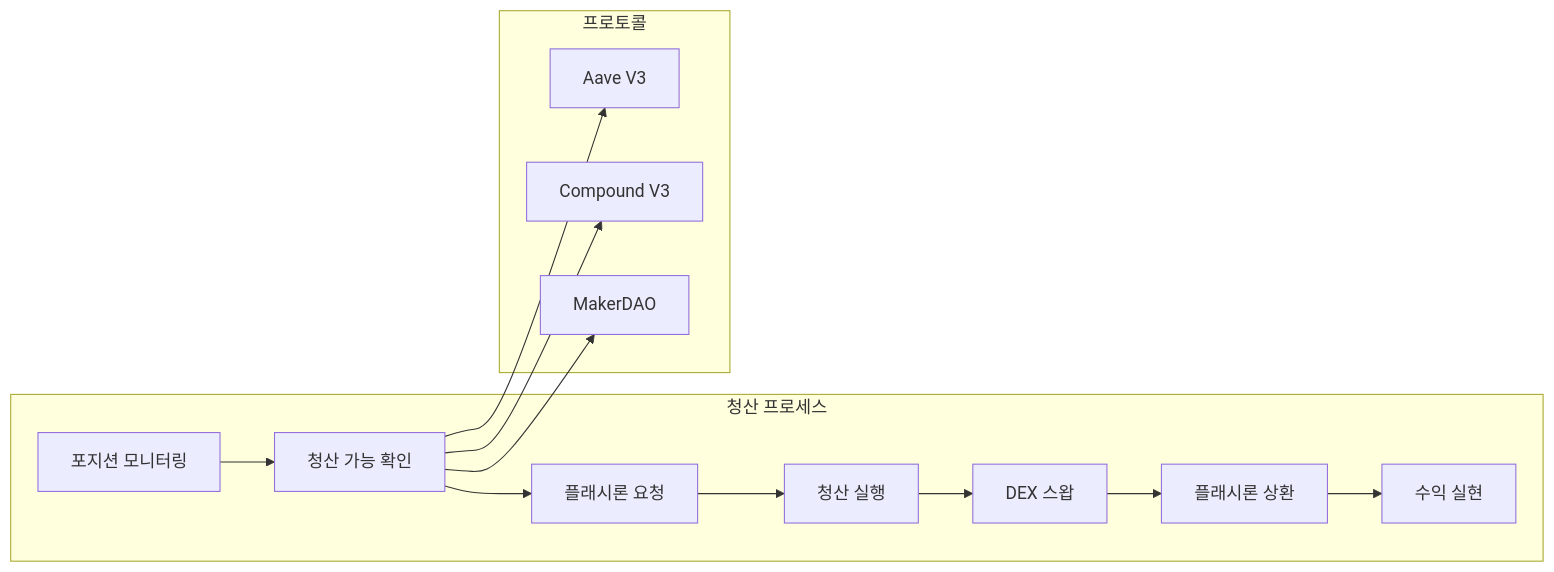
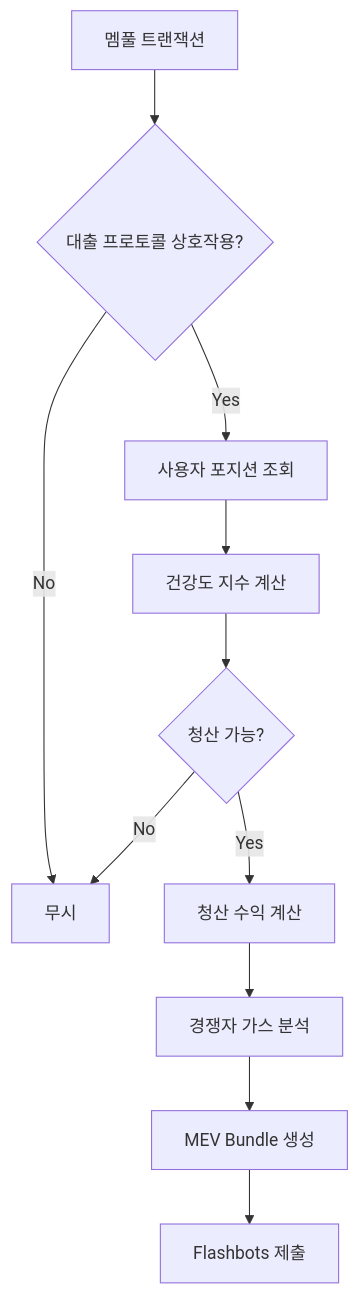
Before and after one commit to blockbit-hama/xCrack: the fourth of 10 diagrams in docs/architecture.md, drawn with Mermaid. The commit also changed other lines of this file and 62 other files, not shown here.

````diff
--- a/docs/architecture.md
+++ b/docs/architecture.md
@@ -193,21 +229,13 @@
 ```mermaid
-flowchart LR
-    subgraph "청산 프로세스"
-        A[포지션 모니터링] --> B[청산 가능 확인]
-        B --> C[플래시론 요청]
-        C --> D[청산 실행]
-        D --> E[DEX 스왑]
-        E --> F[플래시론 상환]
-        F --> G[수익 실현]
-    end
-    
-    subgraph "프로토콜"
-        H[Aave V3]
-        I[Compound V3]
-        J[MakerDAO]
-    end
-    
-    B --> H
-    B --> I
-    B --> J
+flowchart TD
+    A[멤풀 트랜잭션] --> B{대출 프로토콜 상호작용?}
+    B -->|No| C[무시]
+    B -->|Yes| D[사용자 포지션 조회]
+    D --> E[건강도 지수 계산]
+    E --> F{청산 가능?}
+    F -->|No| C
+    F -->|Yes| G[청산 수익 계산]
+    G --> H[경쟁자 가스 분석]
+    H --> I[MEV Bundle 생성]
+    I --> J[Flashbots 제출]
 ```
````
